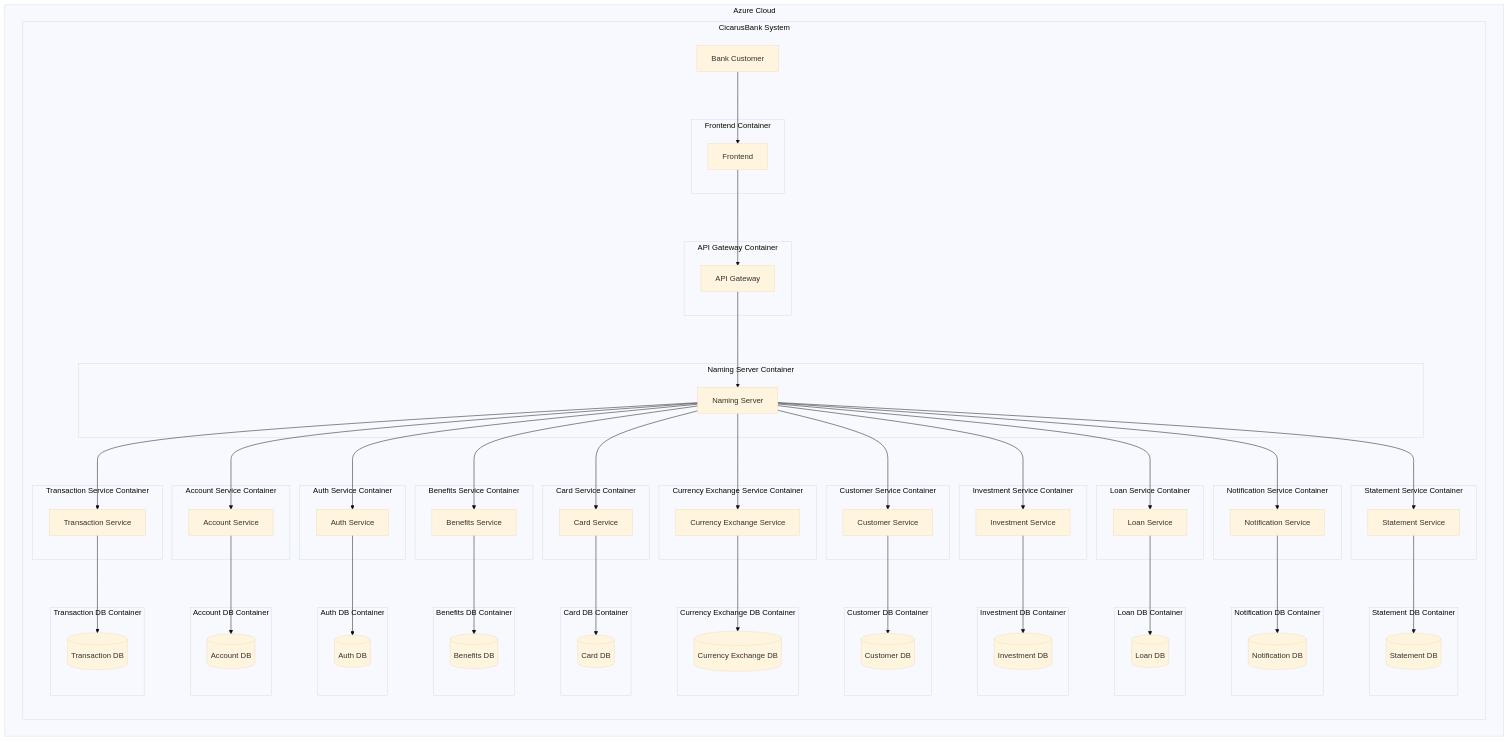
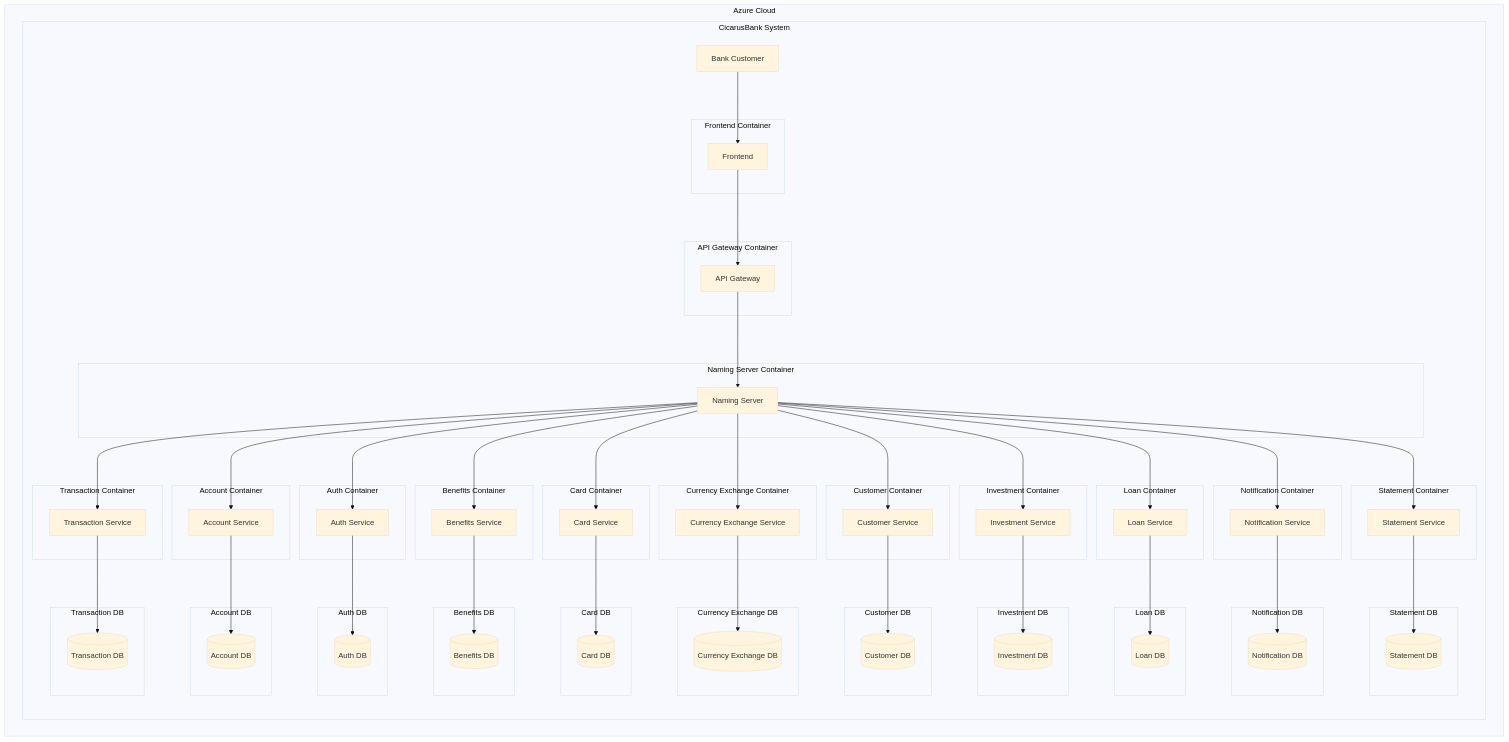
Before and after one commit to itiro-y/CicarusBank: the first of 2 diagrams in README.md, drawn with Mermaid (base theme).

Commit message:
Titulos alterados

```diff
--- a/README.md
+++ b/README.md
@@ -69,80 +69,80 @@
                 naming_server[Naming Server]
             end
 
-            subgraph "Account Service Container"
+            subgraph "Account Container"
                 account_service[Account Service]
             end
-            subgraph "Account DB Container"
+            subgraph "Account DB"
                 account_db[(Account DB)]
             end
 
-            subgraph "Auth Service Container"
+            subgraph "Auth Container"
                 auth_service[Auth Service]
             end
-            subgraph "Auth DB Container"
+            subgraph "Auth DB"
                 auth_db[(Auth DB)]
             end
 
-            subgraph "Benefits Service Container"
+            subgraph "Benefits Container"
                 benefits_service[Benefits Service]
             end
-            subgraph "Benefits DB Container"
+            subgraph "Benefits DB"
                 benefits_db[(Benefits DB)]
             end
 
-            subgraph "Card Service Container"
+            subgraph "Card Container"
                 card_service[Card Service]
             end
-            subgraph "Card DB Container"
+            subgraph "Card DB"
                 card_db[(Card DB)]
             end
 
-            subgraph "Currency Exchange Service Container"
+            subgraph "Currency Exchange Container"
                 currency_exchange_service[Currency Exchange Service]
             end
-            subgraph "Currency Exchange DB Container"
+            subgraph "Currency Exchange DB"
                 currency_exchange_db[(Currency Exchange DB)]
             end
 
-            subgraph "Customer Service Container"
+            subgraph "Customer Container"
                 customer_service[Customer Service]
             end
-            subgraph "Customer DB Container"
+            subgraph "Customer DB"
                 customer_db[(Customer DB)]
             end
 
-            subgraph "Investment Service Container"
+            subgraph "Investment Container"
                 investment_service[Investment Service]
             end
-            subgraph "Investment DB Container"
+            subgraph "Investment DB"
                 investment_db[(Investment DB)]
             end
 
-            subgraph "Loan Service Container"
+            subgraph "Loan Container"
                 loan_service[Loan Service]
             end
-            subgraph "Loan DB Container"
+            subgraph "Loan DB"
                 loan_db[(Loan DB)]
             end
 
-            subgraph "Notification Service Container"
+            subgraph "Notification Container"
                 notification_service[Notification Service]
             end
-            subgraph "Notification DB Container"
+            subgraph "Notification DB"
                 notification_db[(Notification DB)]
             end
 
-            subgraph "Statement Service Container"
+            subgraph "Statement Container"
                 statement_service[Statement Service]
             end
-            subgraph "Statement DB Container"
+            subgraph "Statement DB"
                 statement_db[(Statement DB)]
             end
 
-            subgraph "Transaction Service Container"
+            subgraph "Transaction Container"
                 transaction_service[Transaction Service]
             end
-            subgraph "Transaction DB Container"
+            subgraph "Transaction DB"
                 transaction_db[(Transaction DB)]
             end
         end
```
